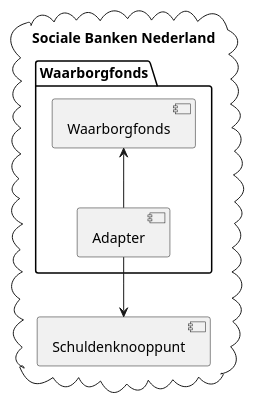
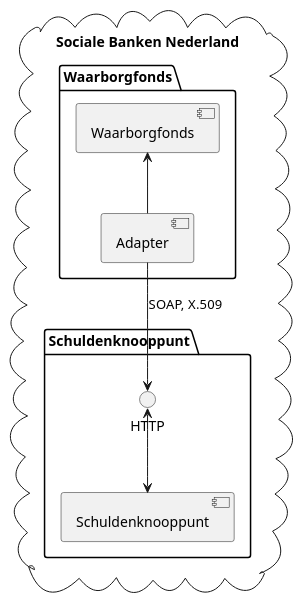
The diagram in docs/800_adapters/300_schuldenknooppunt/context.puml (sbnnl/documentatie), drawn with PlantUML before and after one commit. The commit also changed 1 other file, not shown here.

```diff
--- a/docs/800_adapters/300_schuldenknooppunt/context.puml
+++ b/docs/800_adapters/300_schuldenknooppunt/context.puml
@@ -1,16 +1,20 @@
 @startuml
 
 cloud "Sociale Banken Nederland" {
     package "Waarborgfonds" {
         [Waarborgfonds] as Wsk
         [Adapter] as SchuldenknooppuntAdapter
 
         Wsk <-- SchuldenknooppuntAdapter
     }
 
-    [Schuldenknooppunt]
+    package "Schuldenknooppunt" as S  {
+        interface HTTP
+        [Schuldenknooppunt]
+    }
     
-    SchuldenknooppuntAdapter --> Schuldenknooppunt
+    SchuldenknooppuntAdapter --> HTTP : SOAP, X.509
+    HTTP <--> Schuldenknooppunt
 }
 
 @enduml
```
